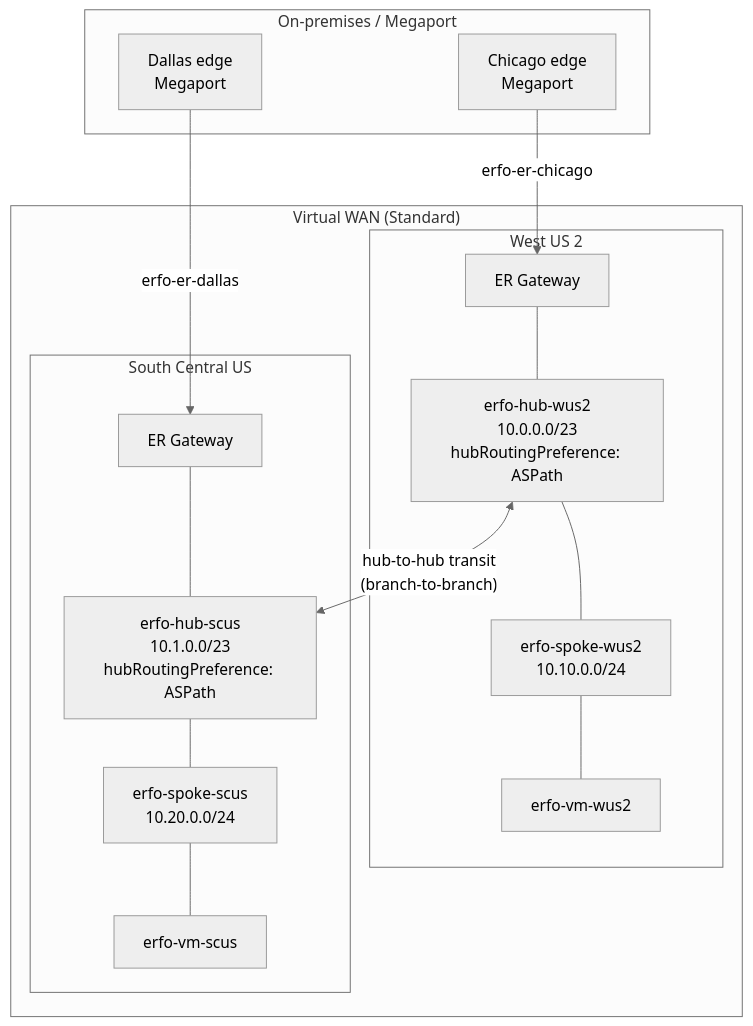
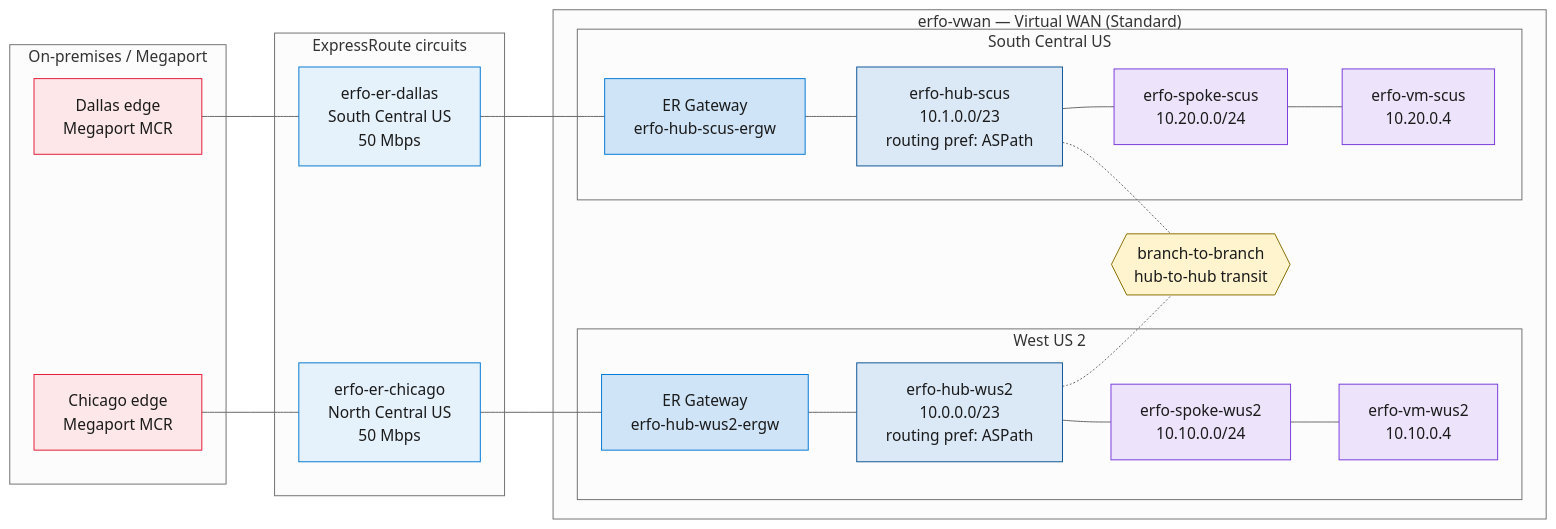
The diagram in er-failover-dual-hub/README.md (dmauser/azure-virtualwan), drawn with Mermaid (neutral theme) before and after one commit. The commit also changed other lines of this file and 78 other files, not shown here.

````diff
--- a/er-failover-dual-hub/README.md
+++ b/er-failover-dual-hub/README.md
@@ -19,30 +19,46 @@
 ```mermaid
-graph TB
+flowchart LR
     subgraph onprem["On-premises / Megaport"]
-        CHI["Chicago edge<br/>Megaport"]
-        DAL["Dallas edge<br/>Megaport"]
+        CHI["Chicago edge<br/>Megaport MCR"]
+        DAL["Dallas edge<br/>Megaport MCR"]
     end
 
-    subgraph vwan["Virtual WAN (Standard)"]
+    subgraph circuits["ExpressRoute circuits"]
+        ERC["erfo-er-chicago<br/>North Central US<br/>50 Mbps"]
+        ERD["erfo-er-dallas<br/>South Central US<br/>50 Mbps"]
+    end
+
+    subgraph vwan["erfo-vwan — Virtual WAN (Standard)"]
         subgraph wus2["West US 2"]
-            HUBC["erfo-hub-wus2<br/>10.0.0.0/23<br/>hubRoutingPreference: ASPath"]
-            GWC["ER Gateway"]
+            GWC["ER Gateway<br/>erfo-hub-wus2-ergw"]
+            HUBC["erfo-hub-wus2<br/>10.0.0.0/23<br/>routing pref: ASPath"]
             SPC["erfo-spoke-wus2<br/>10.10.0.0/24"]
-            VMC["erfo-vm-wus2"]
+            VMC["erfo-vm-wus2<br/>10.10.0.4"]
         end
+        B2B{{"branch-to-branch<br/>hub-to-hub transit"}}
         subgraph scus["South Central US"]
-            HUBS["erfo-hub-scus<br/>10.1.0.0/23<br/>hubRoutingPreference: ASPath"]
-            GWS["ER Gateway"]
+            GWS["ER Gateway<br/>erfo-hub-scus-ergw"]
+            HUBS["erfo-hub-scus<br/>10.1.0.0/23<br/>routing pref: ASPath"]
             SPS["erfo-spoke-scus<br/>10.20.0.0/24"]
-            VMS["erfo-vm-scus"]
+            VMS["erfo-vm-scus<br/>10.20.0.4"]
         end
     end
 
-    CHI -->|"erfo-er-chicago"| GWC
-    DAL -->|"erfo-er-dallas"| GWS
-    GWC --- HUBC
-    GWS --- HUBS
-    HUBC --- SPC --- VMC
-    HUBS --- SPS --- VMS
-    HUBC <-->|"hub-to-hub transit<br/>(branch-to-branch)"| HUBS
+    CHI --- ERC --- GWC --- HUBC --- SPC --- VMC
+    DAL --- ERD --- GWS --- HUBS --- SPS --- VMS
+    HUBC -.- B2B
+    HUBS -.- B2B
+
+    classDef edge fill:#fde7e9,stroke:#e31937,color:#1b1b1b
+    classDef ckt fill:#e5f1fb,stroke:#0078d4,color:#1b1b1b
+    classDef gw fill:#cfe4f7,stroke:#0078d4,color:#1b1b1b
+    classDef hub fill:#dbe9f7,stroke:#0b5394,color:#1b1b1b
+    classDef vm fill:#ede4fb,stroke:#773adc,color:#1b1b1b
+    classDef transit fill:#fff4ce,stroke:#8a6d00,color:#1b1b1b
+    class CHI,DAL edge
+    class ERC,ERD ckt
+    class GWC,GWS gw
+    class HUBC,HUBS hub
+    class SPC,SPS,VMC,VMS vm
+    class B2B transit
 ```
````
